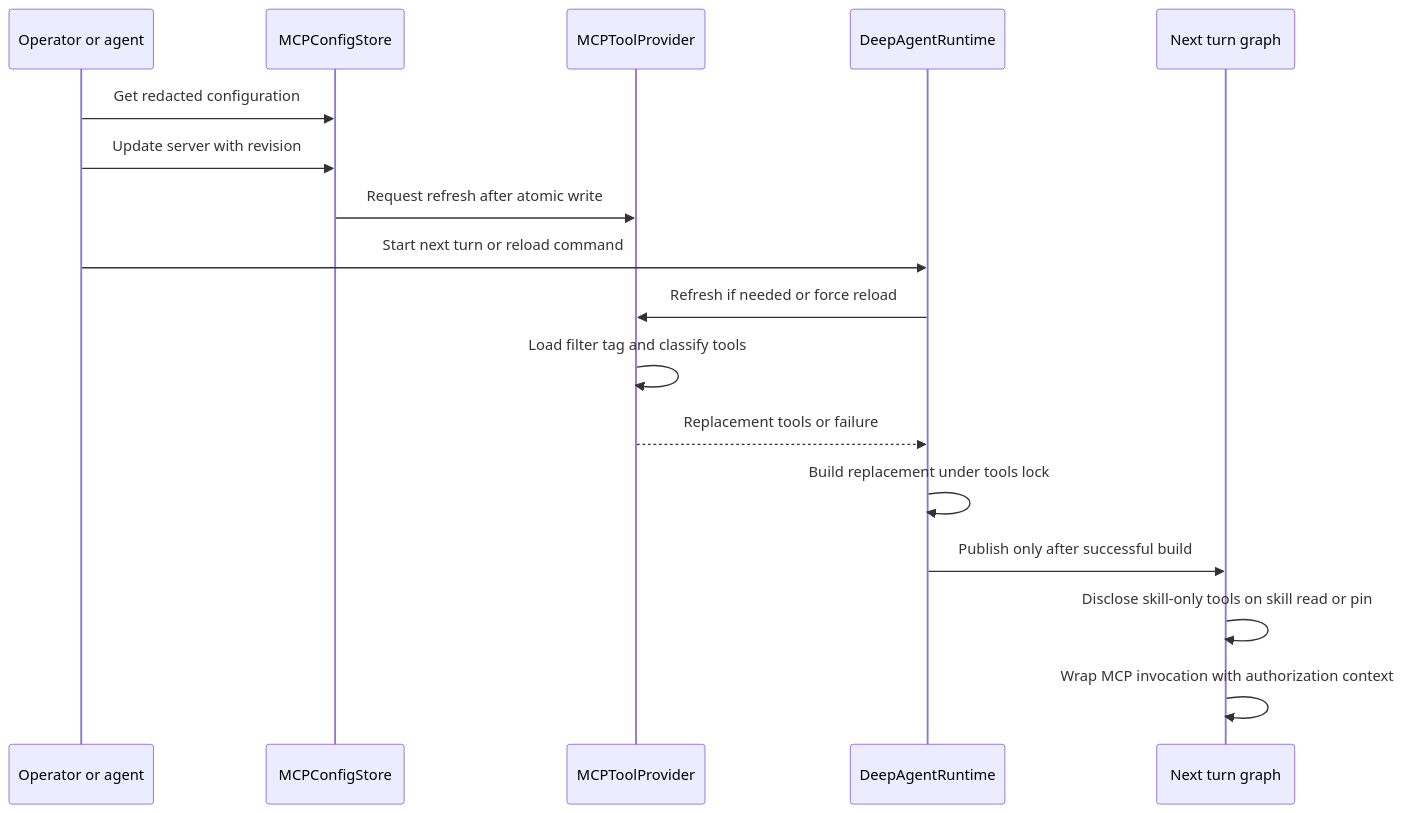
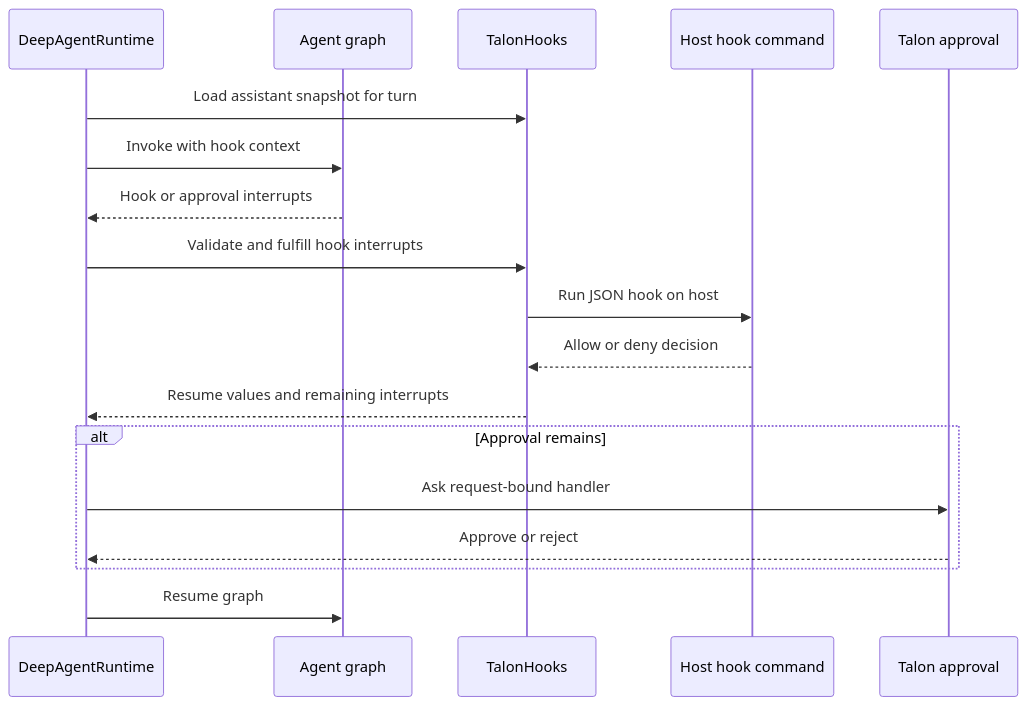
One commit to langchain-ai/deepagents changed the fourth of 4 diagrams in openwiki/integrations/talon.md. Above: the diagram before and after it, drawn with Mermaid. The commit also changed other lines of this file and 33 other files, not shown here.

````diff
--- a/openwiki/integrations/talon.md
+++ b/openwiki/integrations/talon.md
@@ -161,19 +159,20 @@
 ```mermaid
 sequenceDiagram
-    participant Operator as Operator or agent
-    participant Store as MCPConfigStore
-    participant Provider as MCPToolProvider
     participant Runtime as DeepAgentRuntime
-    participant Graph as Next turn graph
-    Operator->>Store: Get redacted configuration
-    Operator->>Store: Update server with revision
-    Store->>Provider: Request refresh after atomic write
-    Operator->>Runtime: Start next turn or reload command
-    Runtime->>Provider: Refresh if needed or force reload
-    Provider->>Provider: Load filter tag and classify tools
-    Provider-->>Runtime: Replacement tools or failure
-    Runtime->>Runtime: Build replacement under tools lock
-    Runtime->>Graph: Publish only after successful build
-    Graph->>Graph: Disclose skill-only tools on skill read or pin
-    Graph->>Graph: Wrap MCP invocation with authorization context
+    participant Graph as Agent graph
+    participant Hooks as TalonHooks
+    participant Command as Host hook command
+    participant Approval as Talon approval
+    Runtime->>Hooks: Load assistant snapshot for turn
+    Runtime->>Graph: Invoke with hook context
+    Graph-->>Runtime: Hook or approval interrupts
+    Runtime->>Hooks: Validate and fulfill hook interrupts
+    Hooks->>Command: Run JSON hook on host
+    Command-->>Hooks: Allow or deny decision
+    Hooks-->>Runtime: Resume values and remaining interrupts
+    alt Approval remains
+        Runtime->>Approval: Ask request-bound handler
+        Approval-->>Runtime: Approve or reject
+    end
+    Runtime->>Graph: Resume graph
 ```
````
